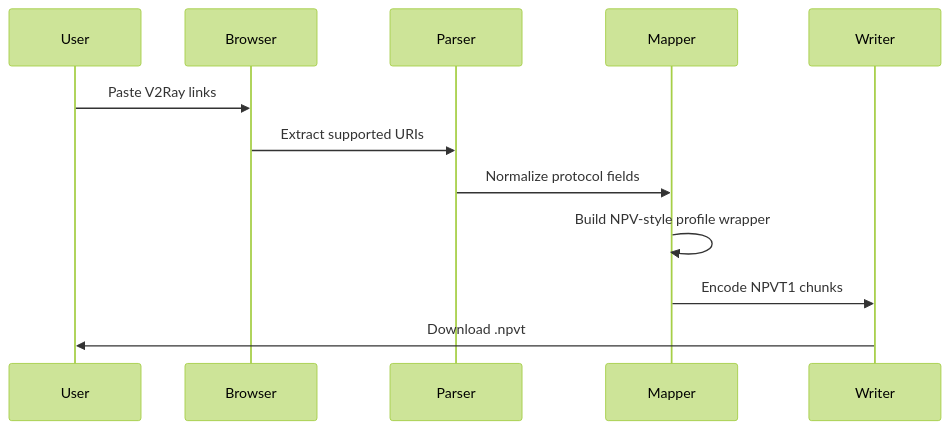
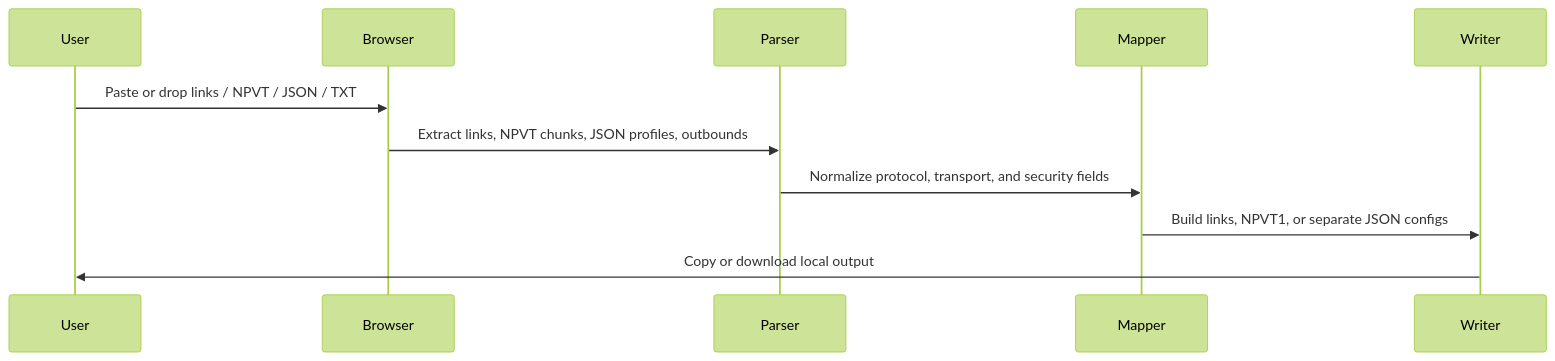
One commit to TheLouisMahdi/npvt-terminal-converter changed the second of 2 diagrams in README.md. Above: the diagram before and after it, drawn with Mermaid (forest theme). The commit also changed other lines of this file, not shown here.

Commit message:
docs: update README for bidirectional JSON toolkit

````diff
--- a/README.md
+++ b/README.md
@@ -248,15 +324,14 @@
 ```mermaid
 sequenceDiagram
     participant User
     participant Browser
     participant Parser
     participant Mapper
     participant Writer
 
-    User->>Browser: Paste V2Ray links
-    Browser->>Parser: Extract supported URIs
-    Parser->>Mapper: Normalize protocol fields
-    Mapper->>Mapper: Build NPV-style profile wrapper
-    Mapper->>Writer: Encode NPVT1 chunks
-    Writer->>User: Download .npvt
+    User->>Browser: Paste or drop links / NPVT / JSON / TXT
+    Browser->>Parser: Extract links, NPVT chunks, JSON profiles, outbounds
+    Parser->>Mapper: Normalize protocol, transport, and security fields
+    Mapper->>Writer: Build links, NPVT1, or separate JSON configs
+    Writer->>User: Copy or download local output
 ```
````
